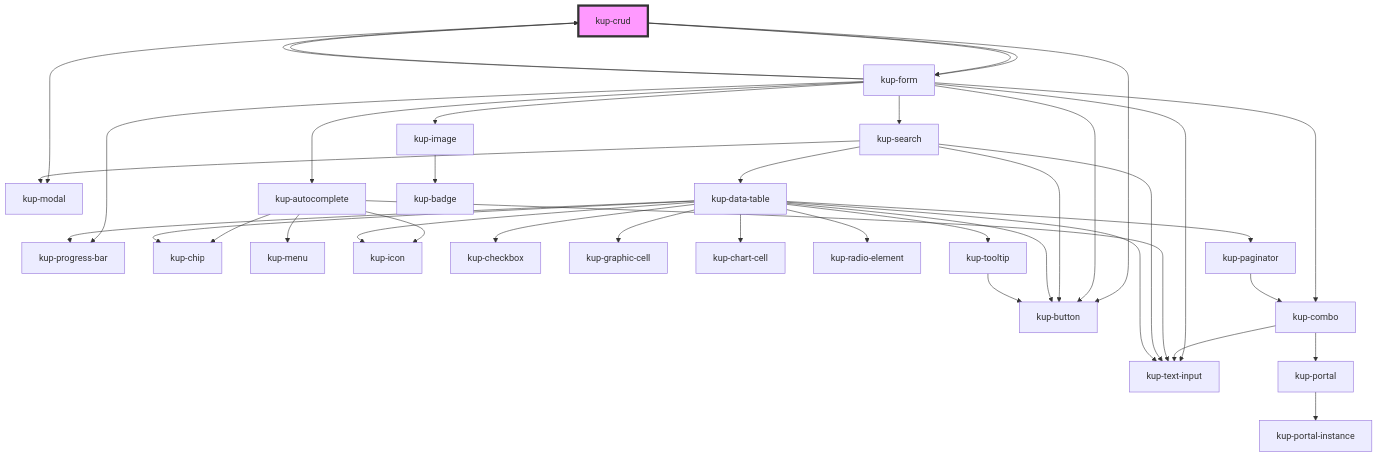
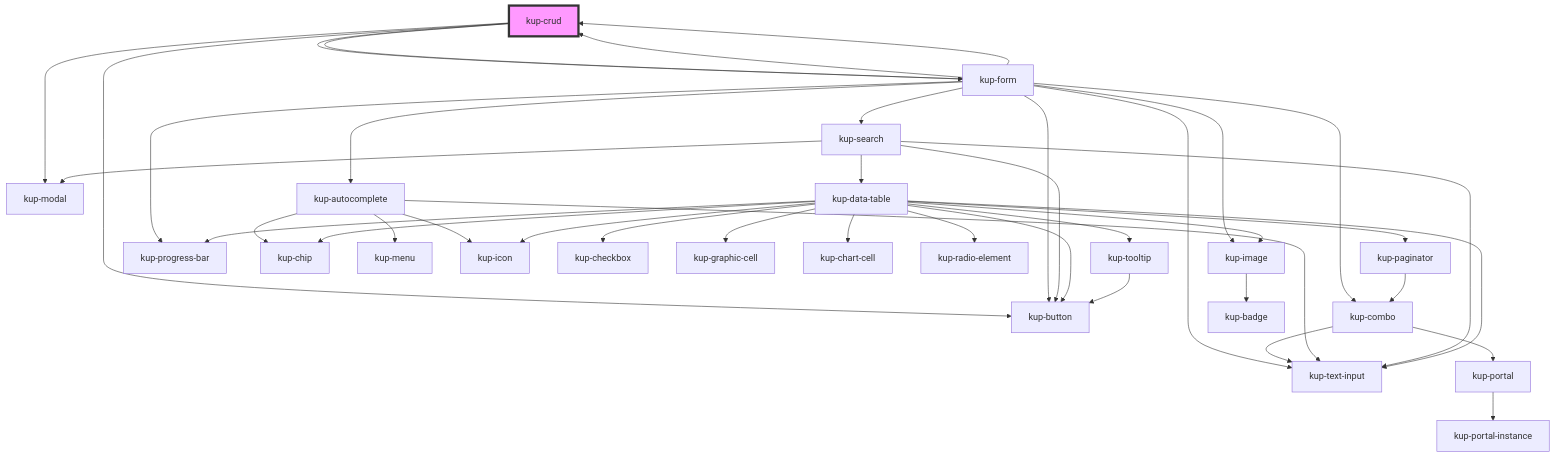
The diagram in packages/ketchup/src/components/kup-crud/readme.md (smeup/ketchup), drawn with Mermaid before and after one commit. The commit also changed 4 other files, not shown here.

````diff
--- a/packages/ketchup/src/components/kup-crud/readme.md
+++ b/packages/ketchup/src/components/kup-crud/readme.md
@@ -81,42 +81,43 @@
 ```mermaid
 graph TD;
   kup-crud --> kup-button
   kup-crud --> kup-modal
   kup-crud --> kup-form
   kup-crud --> kup-form
   kup-form --> kup-combo
   kup-form --> kup-crud
   kup-form --> kup-autocomplete
   kup-form --> kup-search
   kup-form --> kup-image
   kup-form --> kup-progress-bar
   kup-form --> kup-text-input
   kup-form --> kup-button
   kup-form --> kup-crud
   kup-combo --> kup-text-input
   kup-combo --> kup-portal
   kup-portal --> kup-portal-instance
   kup-autocomplete --> kup-chip
   kup-autocomplete --> kup-text-input
   kup-autocomplete --> kup-menu
   kup-autocomplete --> kup-icon
   kup-search --> kup-text-input
   kup-search --> kup-button
   kup-search --> kup-modal
   kup-search --> kup-data-table
   kup-data-table --> kup-text-input
   kup-data-table --> kup-icon
+  kup-data-table --> kup-image
   kup-data-table --> kup-checkbox
   kup-data-table --> kup-button
   kup-data-table --> kup-graphic-cell
   kup-data-table --> kup-chart-cell
   kup-data-table --> kup-progress-bar
   kup-data-table --> kup-radio-element
   kup-data-table --> kup-tooltip
   kup-data-table --> kup-paginator
   kup-data-table --> kup-chip
+  kup-image --> kup-badge
   kup-tooltip --> kup-button
   kup-paginator --> kup-combo
-  kup-image --> kup-badge
   style kup-crud fill:#f9f,stroke:#333,stroke-width:4px
 ```
````
